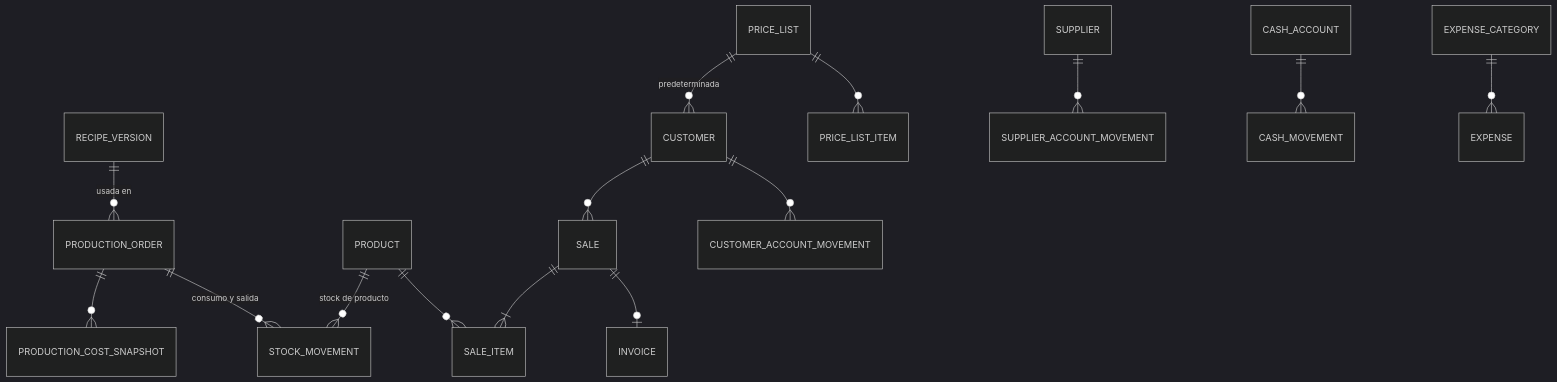
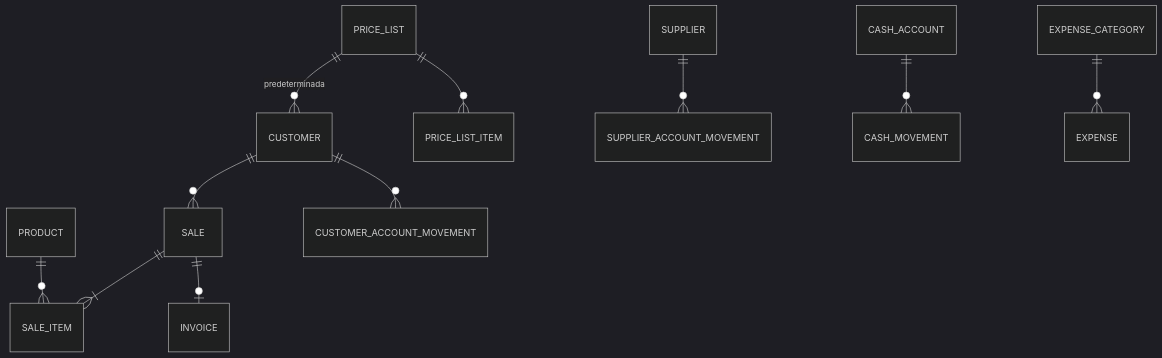
The second of 2 diagrams in docs/DOMAIN_MODEL.md (domusbrag/brurera), drawn with Mermaid (dark theme) before and after one commit. The commit also changed other lines of this file and 12 other files, not shown here.

````diff
--- a/docs/DOMAIN_MODEL.md
+++ b/docs/DOMAIN_MODEL.md
@@ -79,19 +92,14 @@
 ```mermaid
 erDiagram
-    RECIPE_VERSION ||--o{ PRODUCTION_ORDER : "usada en"
-    PRODUCTION_ORDER ||--o{ PRODUCTION_COST_SNAPSHOT : ""
-    PRODUCTION_ORDER ||--o{ STOCK_MOVEMENT : "consumo y salida"
-    PRODUCT ||--o{ STOCK_MOVEMENT : "stock de producto"
-
     CUSTOMER ||--o{ SALE : ""
     PRICE_LIST ||--o{ CUSTOMER : "predeterminada"
     PRICE_LIST ||--o{ PRICE_LIST_ITEM : ""
     SALE ||--|{ SALE_ITEM : ""
     PRODUCT ||--o{ SALE_ITEM : ""
     SALE ||--o| INVOICE : ""
 
     CUSTOMER ||--o{ CUSTOMER_ACCOUNT_MOVEMENT : ""
     SUPPLIER ||--o{ SUPPLIER_ACCOUNT_MOVEMENT : ""
     CASH_ACCOUNT ||--o{ CASH_MOVEMENT : ""
     EXPENSE_CATEGORY ||--o{ EXPENSE : ""
 ```
````
